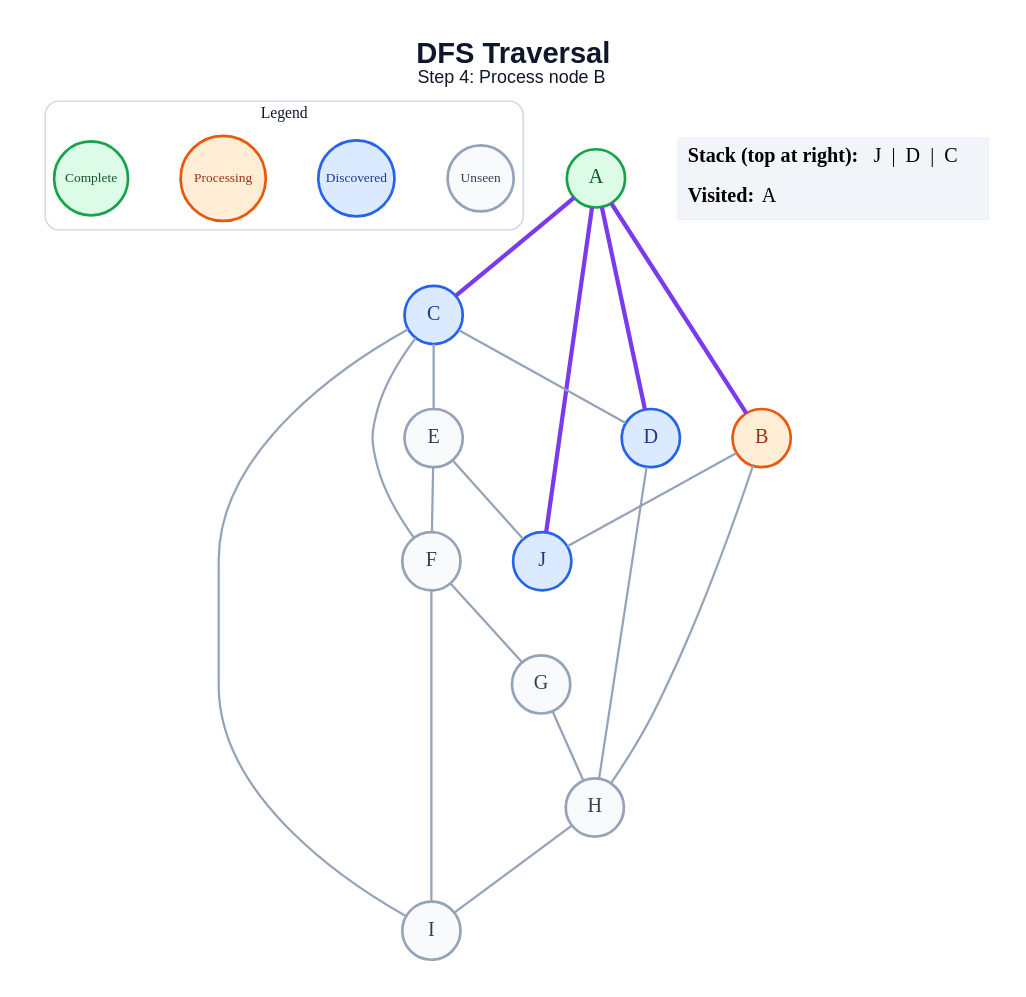
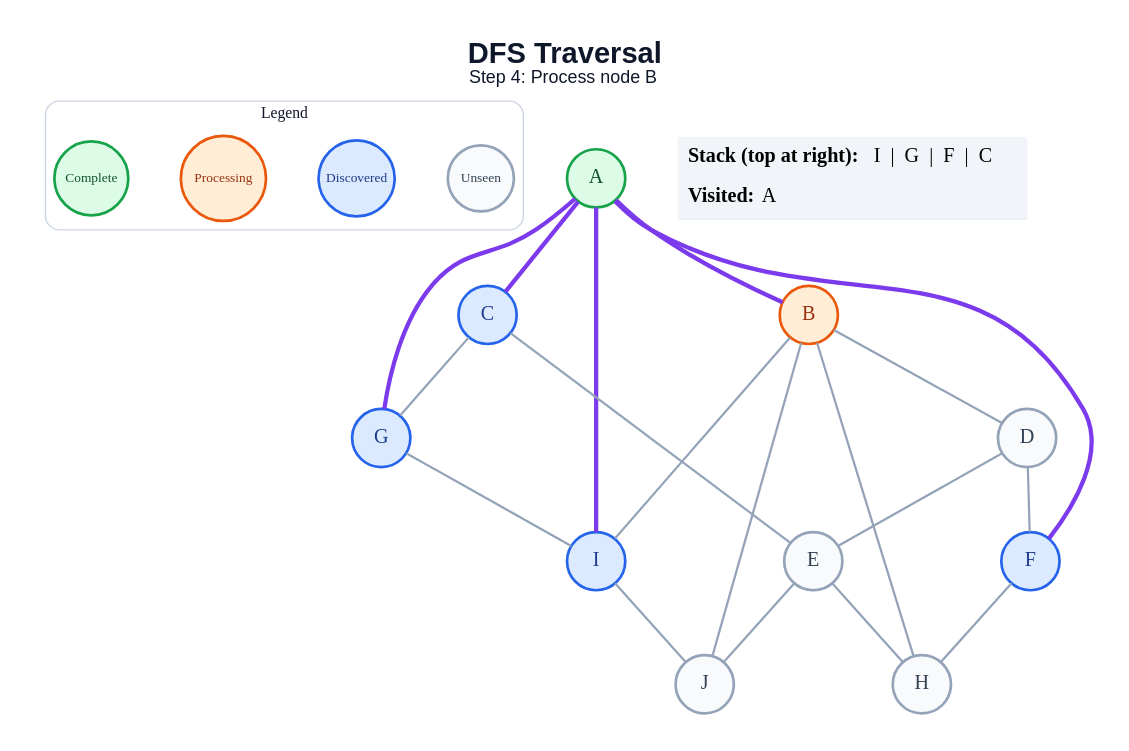
One commit to amanghodawala9/ai-slop changed the diagram in generated/dfs/step_04.dot. Above: the diagram before and after it, drawn with Graphviz. The commit also changed 178 other files, not shown here.

```diff
--- a/generated/dfs/step_04.dot
+++ b/generated/dfs/step_04.dot
@@ -1,46 +1,47 @@
 graph traversal {
   graph [layout=dot, rankdir=TB, bgcolor="#FFFFFF", pad="0.35", nodesep="0.65", ranksep="0.8", fontname="Arial"];
   node [shape=circle, style="filled", fontname="Arial Bold", fontsize=18, width=0.72, fixedsize=true, penwidth=2.4];
   edge [color="#94A3B8", penwidth=2.0];
   label=<<B>DFS Traversal</B><BR/><FONT POINT-SIZE="16">Step 4: Process node B</FONT>>; labelloc="t"; fontsize=26; fontname="Arial"; fontcolor="#0F172A";
   subgraph cluster_legend { label="Legend"; color="#CBD5E1"; penwidth=1.2; style="rounded"; fontsize=14; fontname="Arial Bold";
     key_unseen [label="Unseen", fillcolor="#F8FAFC", color="#94A3B8", fontcolor="#334155", fontsize=12, width=0.82];
     key_frontier [label="Discovered", fillcolor="#DBEAFE", color="#2563EB", fontcolor="#1E3A8A", fontsize=12, width=0.95];
     key_current [label="Processing", fillcolor="#FFEDD5", color="#EA580C", fontcolor="#9A3412", fontsize=12, width=1.05];
     key_done [label="Complete", fillcolor="#DCFCE7", color="#16A34A", fontcolor="#14532D", fontsize=12, width=0.92];
     { rank=same; key_unseen; key_frontier; key_current; key_done; }
   }
   A [fillcolor="#DCFCE7", color="#16A34A", fontcolor="#14532D"];
   B [fillcolor="#FFEDD5", color="#EA580C", fontcolor="#9A3412"];
   C [fillcolor="#DBEAFE", color="#2563EB", fontcolor="#1E3A8A"];
-  D [fillcolor="#DBEAFE", color="#2563EB", fontcolor="#1E3A8A"];
+  D [fillcolor="#F8FAFC", color="#94A3B8", fontcolor="#334155"];
   E [fillcolor="#F8FAFC", color="#94A3B8", fontcolor="#334155"];
-  F [fillcolor="#F8FAFC", color="#94A3B8", fontcolor="#334155"];
-  G [fillcolor="#F8FAFC", color="#94A3B8", fontcolor="#334155"];
+  F [fillcolor="#DBEAFE", color="#2563EB", fontcolor="#1E3A8A"];
+  G [fillcolor="#DBEAFE", color="#2563EB", fontcolor="#1E3A8A"];
   H [fillcolor="#F8FAFC", color="#94A3B8", fontcolor="#334155"];
-  I [fillcolor="#F8FAFC", color="#94A3B8", fontcolor="#334155"];
-  J [fillcolor="#DBEAFE", color="#2563EB", fontcolor="#1E3A8A"];
+  I [fillcolor="#DBEAFE", color="#2563EB", fontcolor="#1E3A8A"];
+  J [fillcolor="#F8FAFC", color="#94A3B8", fontcolor="#334155"];
   A -- B [color="#7C3AED", penwidth=3.8];
   A -- C [color="#7C3AED", penwidth=3.8];
-  A -- D [color="#7C3AED", penwidth=3.8];
-  A -- J [color="#7C3AED", penwidth=3.8];
+  A -- F [color="#7C3AED", penwidth=3.8];
+  A -- G [color="#7C3AED", penwidth=3.8];
+  A -- I [color="#7C3AED", penwidth=3.8];
+  B -- D;
   B -- H;
+  B -- I;
   B -- J;
-  C -- D;
   C -- E;
-  C -- F;
-  C -- I;
-  D -- H;
-  E -- F;
+  C -- G;
+  D -- E;
+  D -- F;
+  E -- H;
   E -- J;
-  F -- G;
-  F -- I;
-  G -- H;
-  H -- I;
+  F -- H;
+  G -- I;
+  I -- J;
   status [shape=plain, fixedsize=false, width=0, height=0, margin=0, label=<
     <TABLE BORDER="0" CELLBORDER="0" CELLPADDING="7" BGCOLOR="#F1F5F9">
-      <TR><TD ALIGN="LEFT"><B>Stack (top at right):</B> J  |  D  |  C</TD></TR>
+      <TR><TD ALIGN="LEFT"><B>Stack (top at right):</B> I  |  G  |  F  |  C</TD></TR>
       <TR><TD ALIGN="LEFT"><B>Visited:</B> A</TD></TR>
     </TABLE>
   >];
 }
```
